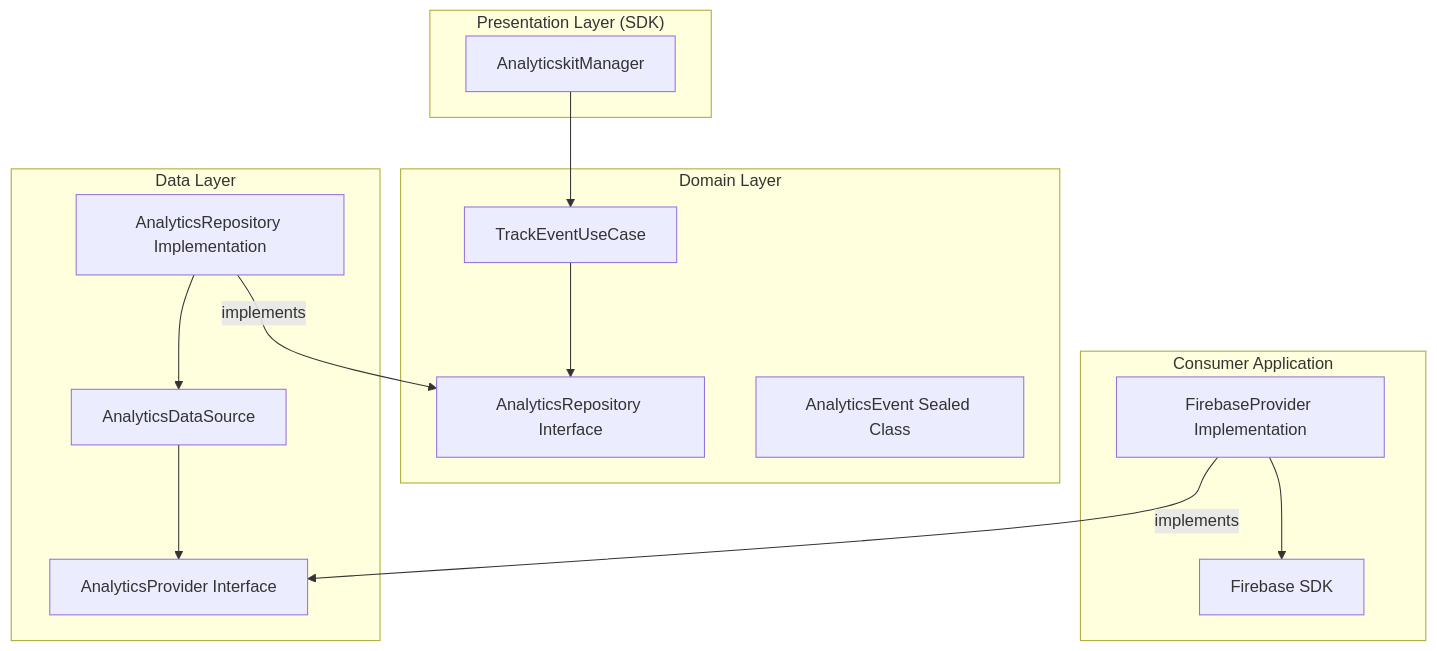
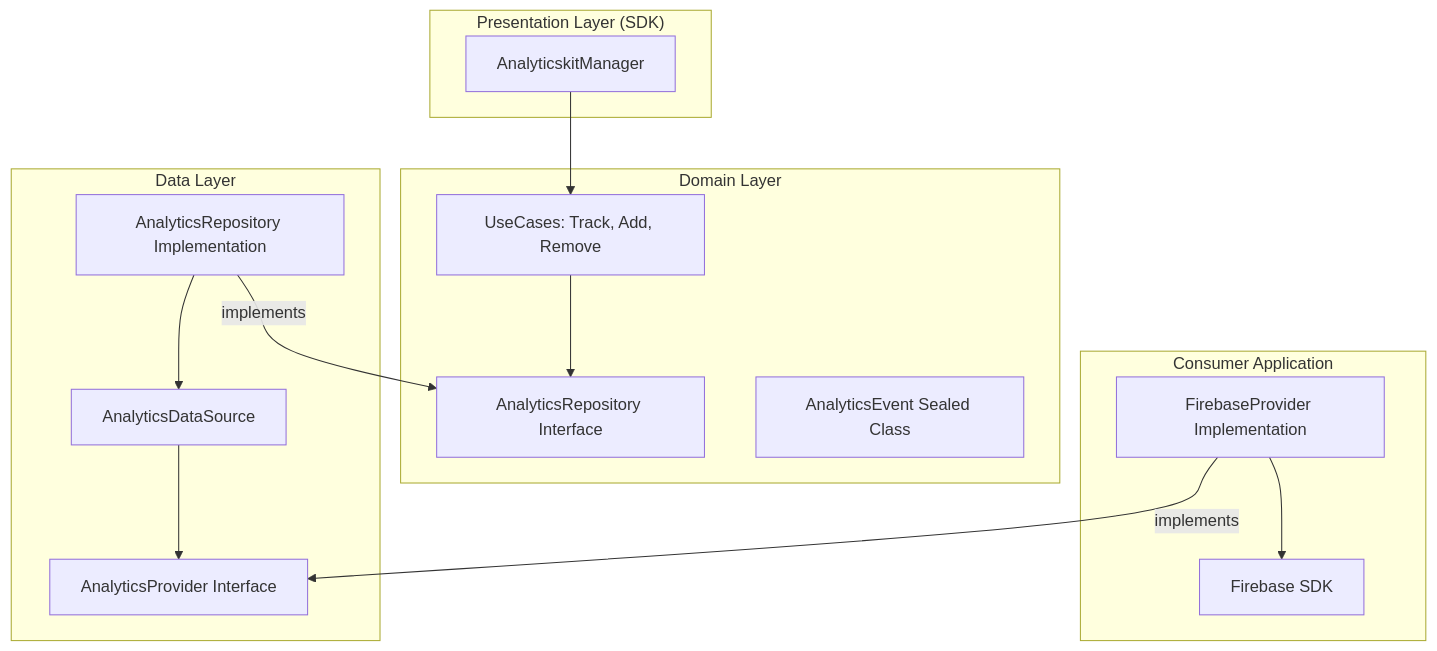
One commit to joshluq/analyticskit-android changed the diagram in README.md. Above: the diagram before and after it, drawn with Mermaid. The commit also changed other lines of this file and 1 other file, not shown here.

Commit message:
update documentation to reflect architecture refinements and dynamic provider management features

````diff
--- a/README.md
+++ b/README.md
@@ -21,31 +20,31 @@
 ```mermaid
 graph TD
     subgraph "Presentation Layer (SDK)"
         M[AnalyticskitManager]
     end
 
     subgraph "Domain Layer"
-        UC[TrackEventUseCase]
+        UC[UseCases: Track, Add, Remove]
         R[AnalyticsRepository Interface]
         MOD[AnalyticsEvent Sealed Class]
     end
 
     subgraph "Data Layer"
         RepoImpl[AnalyticsRepository Implementation]
         DS[AnalyticsDataSource]
         P[AnalyticsProvider Interface]
     end
 
     subgraph "Consumer Application"
         ImplP[FirebaseProvider Implementation]
         ExtLib[Firebase SDK]
     end
 
     M --> UC
     UC --> R
     RepoImpl -- implements --> R
     RepoImpl --> DS
     DS --> P
     ImplP -- implements --> P
     ImplP --> ExtLib
 ```
````
